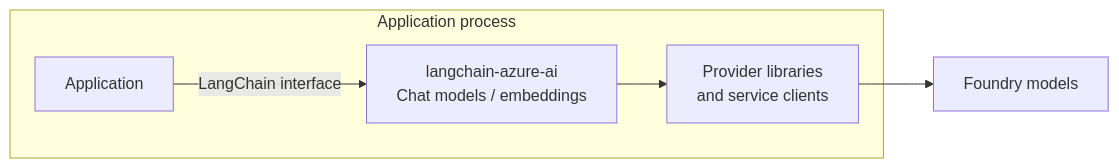
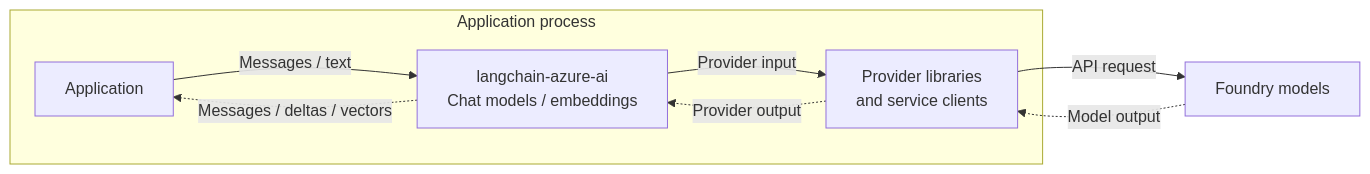
The second of 4 diagrams in libs/azure-ai/docs/architecture.md (herohua/langchain-azure), drawn with Mermaid before and after one commit. The commit also changed other lines of this file, not shown here.

Commit message:
docs(azure-ai): separate architecture layers from data flows

````diff
--- a/libs/azure-ai/docs/architecture.md
+++ b/libs/azure-ai/docs/architecture.md
@@ -72,11 +75,15 @@
 ```mermaid
 flowchart LR
     subgraph process["Application process"]
         app["Application"]
         model["langchain-azure-ai<br/>Chat models / embeddings"]
         clients["Provider libraries<br/>and service clients"]
-        app -->|LangChain interface| model --> clients
+        app -->|Messages / text| model
+        model -->|Provider input| clients
+        model -.->|Messages / deltas / vectors| app
+        clients -.->|Provider output| model
     end
     models["Foundry models"]
-    clients --> models
+    clients -->|API request| models
+    models -.->|Model output| clients
 ```
````
